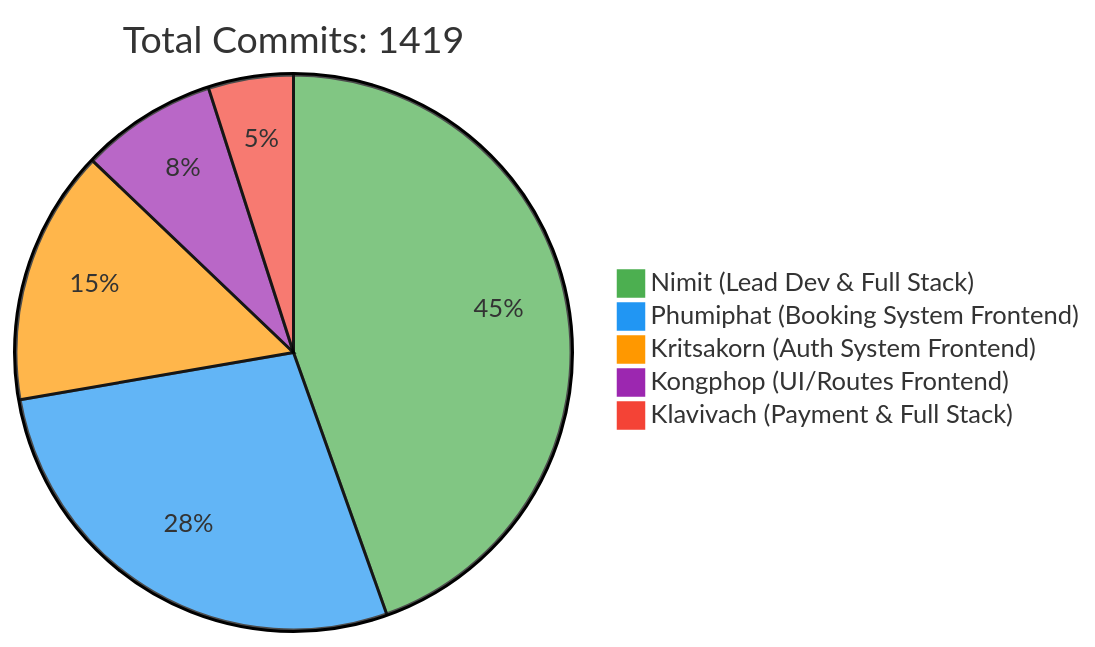
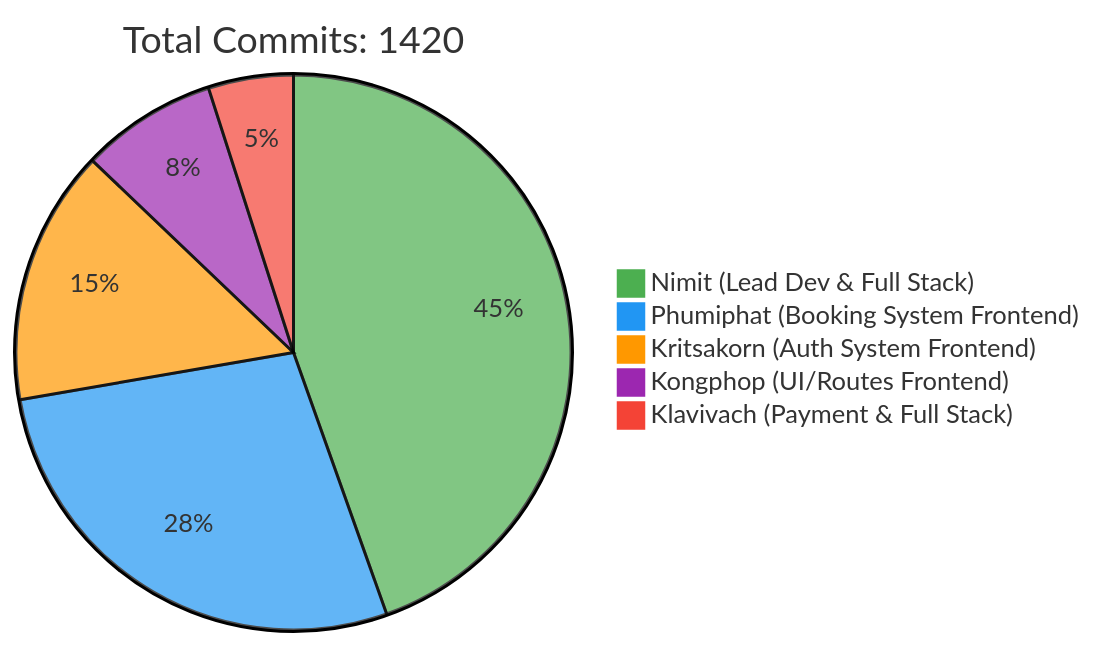
One commit to 6531503042/Sport-Complex changed the first of 2 diagrams in README.md. Above: the diagram before and after it, drawn with Mermaid. The commit also changed other lines of this file, not shown here.

Commit message:
docs: Update contributor statistics [skip ci]

````diff
--- a/README.md
+++ b/README.md
@@ -257,10 +257,10 @@
 ```mermaid
 %%{init: {'theme': 'base', 'themeVariables': { 'pie1': '#4CAF50', 'pie2': '#2196F3', 'pie3': '#FF9800', 'pie4': '#9C27B0', 'pie5': '#F44336'}}}%%
 pie
-    title Total Commits: 1419
+    title Total Commits: 1420
     "Nimit (Lead Dev & Full Stack)" : 450
     "Phumiphat (Booking System Frontend)" : 280
     "Kritsakorn (Auth System Frontend)" : 150
     "Kongphop (UI/Routes Frontend)" : 80
     "Klavivach (Payment & Full Stack)" : 50
 ```
````
